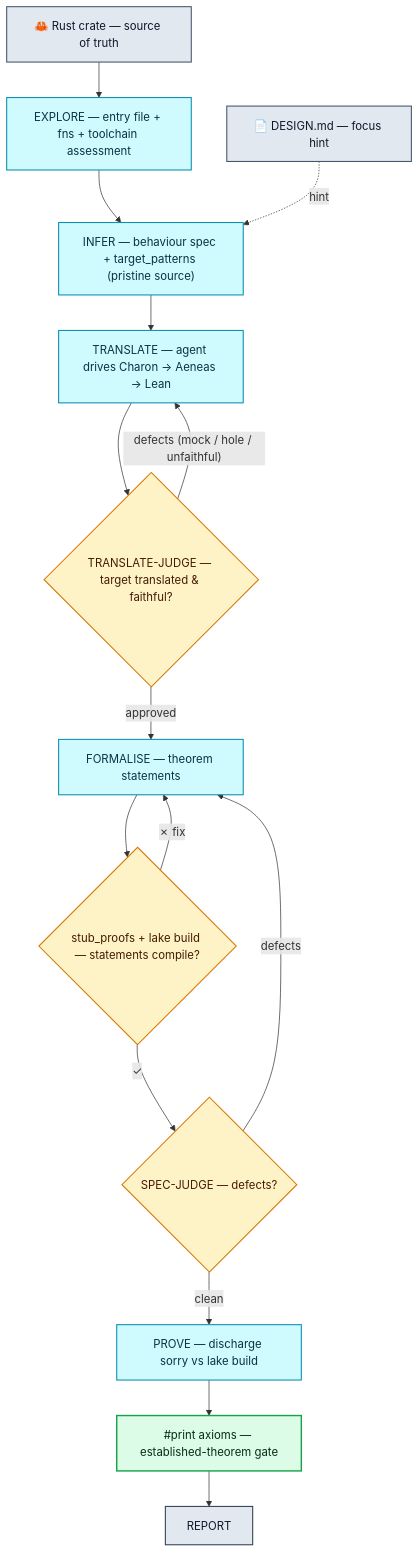
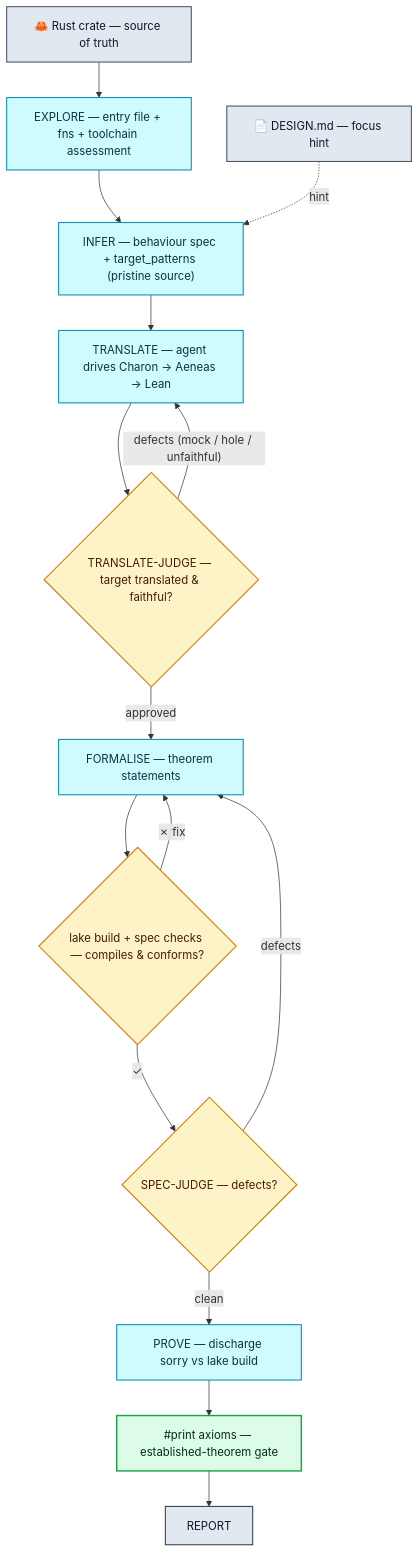
Before and after one commit to Certora/lusterna: the diagram in README.md, drawn with Mermaid. The commit also changed other lines of this file, not shown here.

First line of the commit message:
docs(readme): update for collectAxioms + harness-run spec checks; drop stub_proofs

````diff
--- a/README.md
+++ b/README.md
@@ -116,31 +120,31 @@
 ```mermaid
 flowchart TD
   DESIGN["📄 DESIGN.md — focus hint"]:::src
   RUST["🦀 Rust crate — source of truth"]:::src
 
   EXPLORE["EXPLORE — entry file + fns + toolchain assessment"]:::impl
   INFER["INFER — behaviour spec + target_patterns (pristine source)"]:::impl
   TRANSLATE["TRANSLATE — agent drives Charon → Aeneas → Lean"]:::impl
   TJUDGE{"TRANSLATE-JUDGE — target translated & faithful?"}:::gate
   FORMALISE["FORMALISE — theorem statements"]:::impl
-  FBUILD{"stub_proofs + lake build — statements compile?"}:::gate
+  FBUILD{"lake build + spec checks — compiles & conforms?"}:::gate
   SJUDGE{"SPEC-JUDGE — defects?"}:::gate
   PROVE["PROVE — discharge sorry vs lake build"]:::impl
   AXIOMS["#print axioms — established-theorem gate"]:::verify
   REPORT["REPORT"]:::report
 
   RUST --> EXPLORE --> INFER --> TRANSLATE --> TJUDGE
   TJUDGE -- "defects (mock / hole / unfaithful)" --> TRANSLATE
   TJUDGE -- "approved" --> FORMALISE --> FBUILD
   FBUILD -- "✗ fix" --> FORMALISE
   FBUILD -- "✓" --> SJUDGE
   SJUDGE -- "defects" --> FORMALISE
   SJUDGE -- "clean" --> PROVE --> AXIOMS --> REPORT
   DESIGN -. "hint" .-> INFER
 
   classDef src    fill:#e2e8f0,stroke:#475569,stroke-width:1.5px,color:#0f172a;
   classDef impl   fill:#cffafe,stroke:#0891b2,stroke-width:1.5px,color:#083344;
   classDef gate   fill:#fef3c7,stroke:#d97706,stroke-width:1.5px,color:#451a03;
   classDef verify fill:#dcfce7,stroke:#16a34a,stroke-width:2px,color:#052e16;
   classDef report fill:#e2e8f0,stroke:#334155,stroke-width:1.5px,color:#0f172a;
 ```
````
